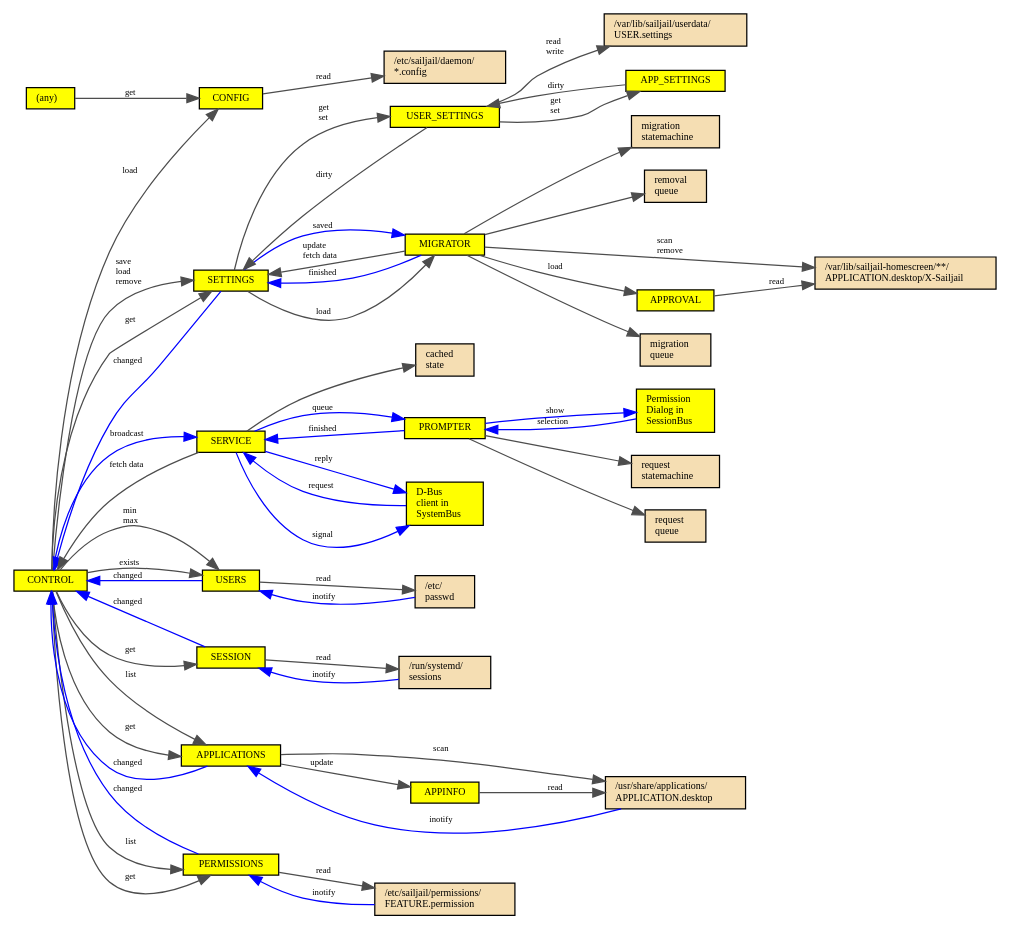
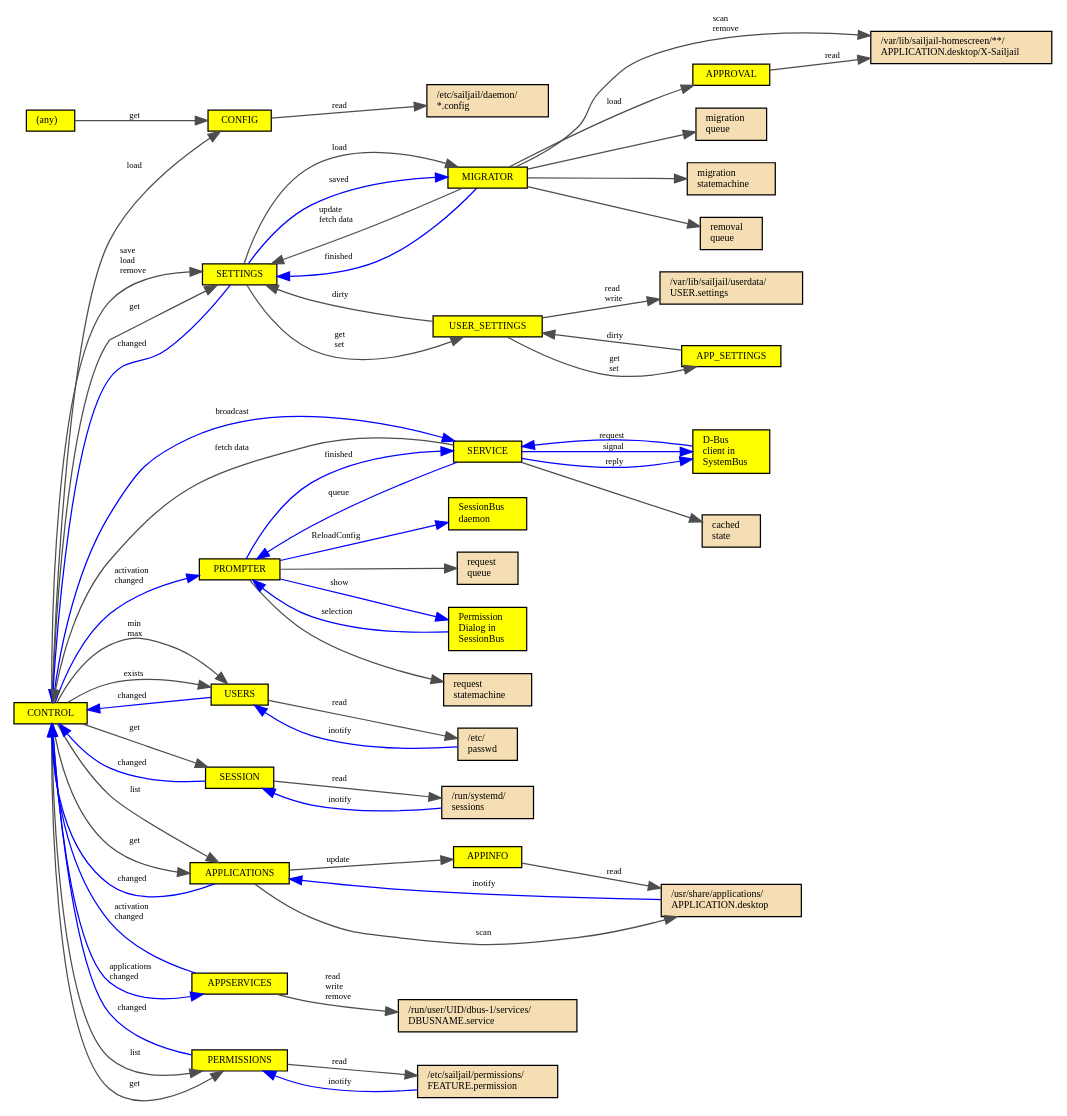
One commit to sailfishos/sailjail changed the diagram in daemon/sailjaild.dot. Above: the diagram before and after it, drawn with Graphviz. The commit also changed 1 other file, not shown here.

Commit message:
[sailjaild] Update daemon readme. Fixes JB#55063 OMP#JOLLA-281
Add section describing what kinds of clients sailjail daemon is serving
and what kinds of IPC methods they are expected to use/need.

Update / remove out-of-date information.

```diff
--- a/daemon/sailjaild.dot
+++ b/daemon/sailjaild.dot
@@ -1,149 +1,159 @@
 /* -*- mode: c -*- */
 digraph foo {
   rankdir=LR;
   node[shape=box];
   node[style=filled]
   node[fillcolor=wheat];
   node[width=0.001];
   node[height=0.001];
   node[fontsize=8];
 
   edge[fontsize=7];
   edge[color=grey30];
 
   /* - - - - - - - - - - - - - - - - - - - *
    * PROCESSES
    * - - - - - - - - - - - - - - - - - - - */
 
   node[fillcolor=yellow];
   CONTROL;
   SETTINGS;
   USER_SETTINGS;
   APP_SETTINGS;
   CONFIG;
   MIGRATOR;
   APPROVAL;
   PROMPTER;
   SERVICE;
   USERS;
   APPLICATIONS;
   APPINFO;
+  APPSERVICES;
   PERMISSIONS;
   SESSION;
   WINDOW_PROMPT         [label=" Permission\l Dialog in\l SessionBus\l"]
   ANY                   [label=" (any)\l"]
   DBUS_CLIENT           [label=" D-Bus\l client in\l SystemBus\l"]
+  SESSION_BUS           [label=" SessionBus\l daemon\l"]
 
   /* - - - - - - - - - - - - - - - - - - - *
    * DATASTORES
    * - - - - - - - - - - - - - - - - - - - */
 
   node[fillcolor=wheat];
   SETTINGS_FILES        [label=" /var/lib/sailjail/userdata/\l USER.settings\l"];
   PASSWD_FILE           [label=" /etc/\l passwd\l"];
   PERMISSION_FILES      [label=" /etc/sailjail/permissions/\l FEATURE.permission\l"]
   DESKTOP_FILES         [label=" /usr/share/applications/\l APPLICATION.desktop\l"]
   DAEMON_CONFIG         [label=" /etc/sailjail/daemon/\l *.config\l"]
   SERVICE_STATE         [label=" cached\l state\l"]
   PROMPTER_QUEUE        [label=" request\l queue\l"]
   PROMPTER_STM          [label=" request\l statemachine\l"]
   MIGRATOR_QUEUE        [label=" migration\l queue\l"]
   MIGRATOR_STM          [label=" migration\l statemachine\l"]
   REMOVAL_QUEUE         [label=" removal\l queue\l"]
   APPROVAL_FILES        [label=" /var/lib/sailjail-homescreen/**/\l APPLICATION.desktop/X-Sailjail\l"]
   SESSION_STATE         [label=" /run/systemd/\l sessions\l"];
+  ACTIVATION_FILES      [label=" /run/user/UID/dbus-1/services/\l DBUSNAME.service\l"]
 
   /* - - - - - - - - - - - - - - - - - - - *
    * DATAFLOWS (SYNC)
    * - - - - - - - - - - - - - - - - - - - */
 
   edge[color=grey30];
 
   SETTINGS -> USER_SETTINGS       [label=" get\l set\l"];
 
   USER_SETTINGS -> APP_SETTINGS   [label=" get\l set\l"];
   USER_SETTINGS -> SETTINGS_FILES [label=" read\l write\l"];
 
   APP_SETTINGS -> USER_SETTINGS   [label=" dirty\l"];
   USER_SETTINGS -> SETTINGS       [label=" dirty\l"];
 
   CONTROL -> SETTINGS             [label=" save\l load\l remove\l"];
   CONTROL -> SETTINGS             [label=" get\l"];
 
   CONTROL -> USERS                [label=" min\l max\l"];
   CONTROL -> USERS                [label=" exists\l"];
 
   USERS -> PASSWD_FILE            [label=" read\l"];
 
   CONTROL -> CONFIG               [label=" load\l"];
   ANY -> CONFIG                   [label=" get\l"];
   CONFIG -> DAEMON_CONFIG         [label=" read\l"];
 
   CONTROL -> APPLICATIONS         [label=" list\l"];
   CONTROL -> APPLICATIONS         [label=" get\l"];
 
   CONTROL -> PERMISSIONS          [label=" list\l"];
   CONTROL -> PERMISSIONS          [label=" get\l"];
   PERMISSIONS -> PERMISSION_FILES [label=" read\l"];
 
   SERVICE -> CONTROL              [label=" fetch data\l"];
 
   SERVICE -> SERVICE_STATE;
 
   PROMPTER -> PROMPTER_QUEUE;
   PROMPTER -> PROMPTER_STM;
 
   CONTROL -> SESSION              [label=" get\l"]
 
   SETTINGS -> MIGRATOR            [label=" load\l"];
 
   MIGRATOR -> SETTINGS            [label=" update\l fetch data\l"];
 
   MIGRATOR -> MIGRATOR_QUEUE;
   MIGRATOR -> MIGRATOR_STM;
   MIGRATOR -> REMOVAL_QUEUE;
 
   MIGRATOR -> APPROVAL            [label=" load\l"];
   APPROVAL -> APPROVAL_FILES      [label=" read\l"];
   MIGRATOR -> APPROVAL_FILES      [label=" scan\l remove\l"];
 
   SESSION -> SESSION_STATE        [label=" read\l"]
 
   APPLICATIONS -> APPINFO         [label=" update\l"];
   APPINFO -> DESKTOP_FILES        [label=" read\l"];
   APPLICATIONS -> DESKTOP_FILES   [label=" scan\l"];
+  APPSERVICES -> ACTIVATION_FILES [label=" read\l write\l remove\l"];
 
   /* - - - - - - - - - - - - - - - - - - - *
    * DATAFLOWS (ASYNC)
    * - - - - - - - - - - - - - - - - - - - */
   edge[color=blue];
 
   PASSWD_FILE -> USERS            [label=" inotify\l"];
   USERS -> CONTROL                [label=" changed\l"];
 
   DESKTOP_FILES -> APPLICATIONS   [label=" inotify\l"];
   APPLICATIONS -> CONTROL         [label=" changed\l"];
 
   PERMISSION_FILES -> PERMISSIONS [label=" inotify\l"];
   PERMISSIONS -> CONTROL          [label=" changed\l"];
 
   SETTINGS -> MIGRATOR            [label=" saved\l"];
   MIGRATOR -> SETTINGS            [label=" finished\l"];
 
   CONTROL -> SERVICE              [label=" broadcast\l"];
   SERVICE -> DBUS_CLIENT          [label=" signal\l"];
   SERVICE -> DBUS_CLIENT          [label=" reply\l"];
   DBUS_CLIENT -> SERVICE          [label=" request\l"];
 
   SERVICE -> PROMPTER             [label=" queue\l"];
   PROMPTER -> SERVICE             [label=" finished\l"];
 
   PROMPTER -> WINDOW_PROMPT       [label=" show\l"];
   WINDOW_PROMPT -> PROMPTER       [label=" selection\l"];
 
   SESSION -> CONTROL              [label=" changed\l"]
 
   SESSION_STATE -> SESSION        [label=" inotify\l"]
 
   SETTINGS -> CONTROL             [label=" changed\l"];
+
+  CONTROL -> APPSERVICES          [label=" applications\l changed\l"];
+  APPSERVICES -> CONTROL          [label=" activation\l changed\l"];
+
+  CONTROL -> PROMPTER             [label=" activation\l changed\l"];
+  PROMPTER -> SESSION_BUS         [label=" ReloadConfig\l"];
 }
```
